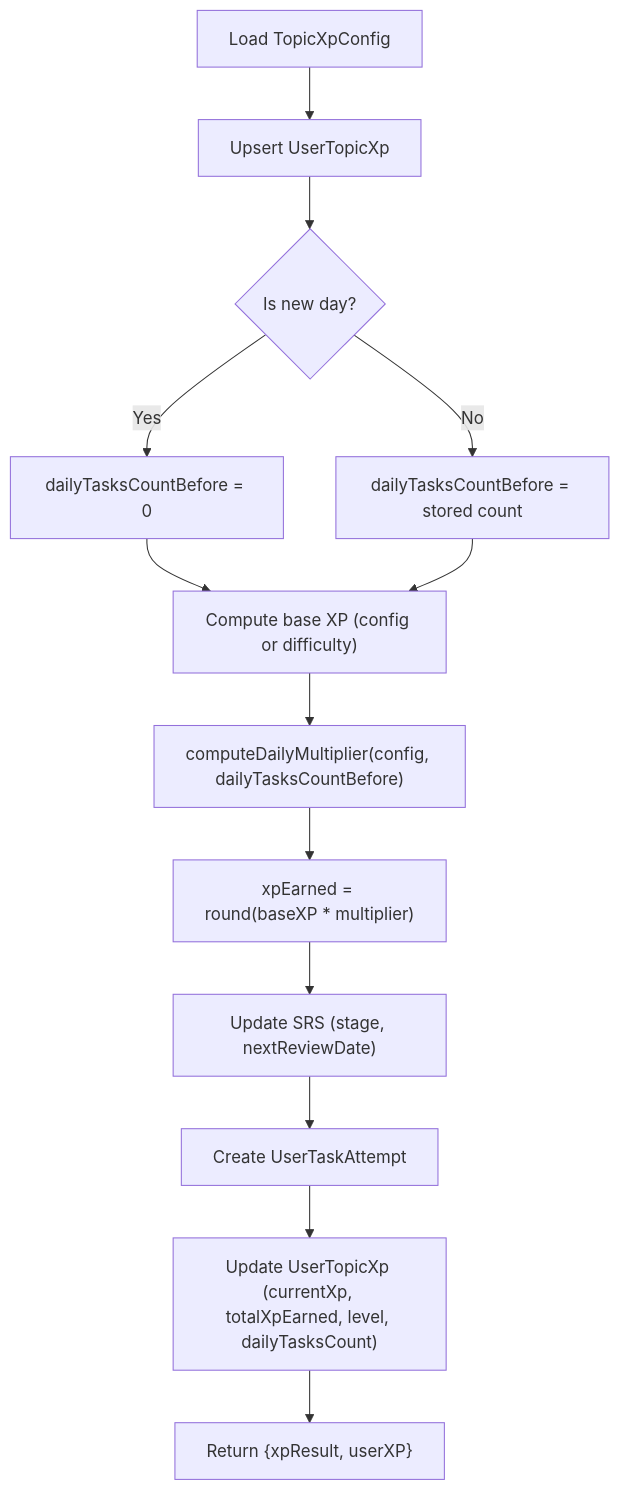
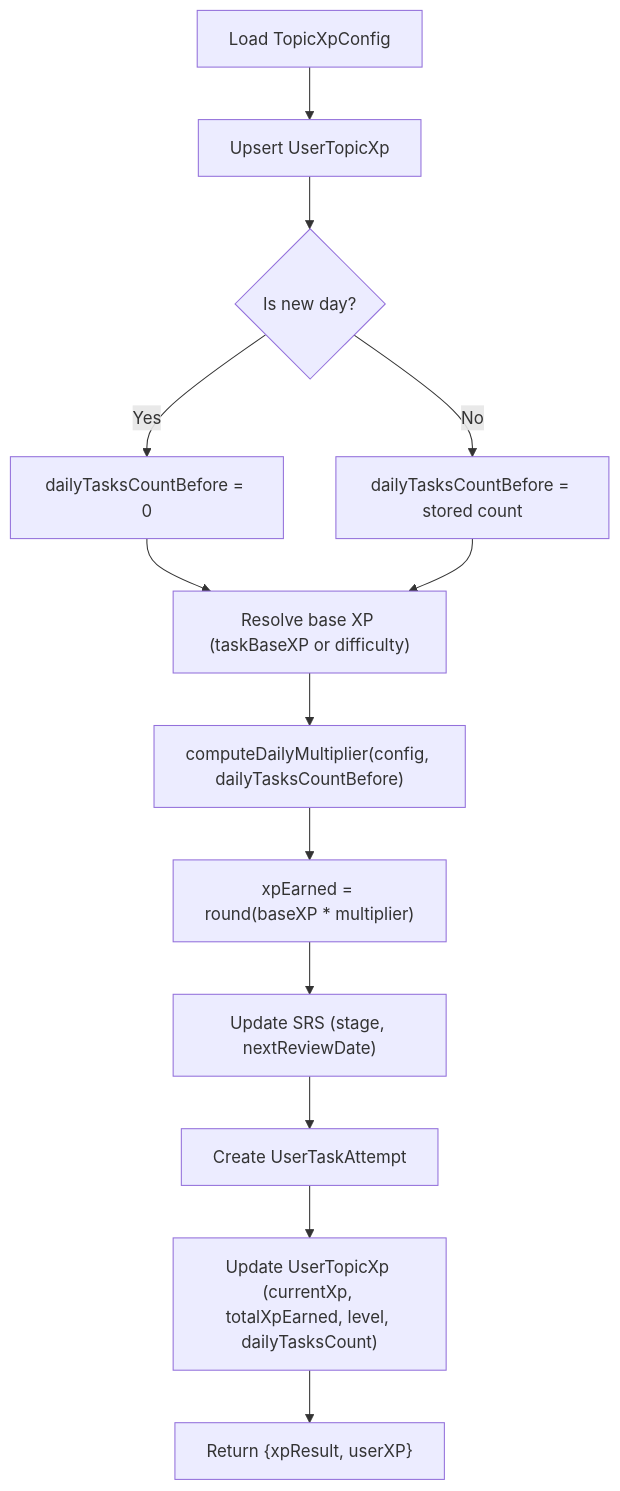
Before and after one commit to AlexKutz/math-app-next-js: the fifth of 6 diagrams in .qoder/repowiki/en/content/Core Features/Gamification System/XP Calculation Engine.md, drawn with Mermaid. The commit also changed other lines of this file and 9 other files, not shown here.

````diff
--- a/.qoder/repowiki/en/content/Core Features/Gamification System/XP Calculation Engine.md
+++ b/.qoder/repowiki/en/content/Core Features/Gamification System/XP Calculation Engine.md
@@ -177,15 +204,15 @@
 ```mermaid
 flowchart TD
 A["Load TopicXpConfig"] --> B["Upsert UserTopicXp"]
 B --> C{"Is new day?"}
 C --> |Yes| D["dailyTasksCountBefore = 0"]
 C --> |No| E["dailyTasksCountBefore = stored count"]
-D --> F["Compute base XP (config or difficulty)"]
+D --> F["Resolve base XP (taskBaseXP or difficulty)"]
 E --> F
 F --> G["computeDailyMultiplier(config, dailyTasksCountBefore)"]
 G --> H["xpEarned = round(baseXP * multiplier)"]
 H --> I["Update SRS (stage, nextReviewDate)"]
 I --> J["Create UserTaskAttempt"]
 J --> K["Update UserTopicXp (currentXp, totalXpEarned, level, dailyTasksCount)"]
 K --> L["Return {xpResult, userXP}"]
 ```
````
